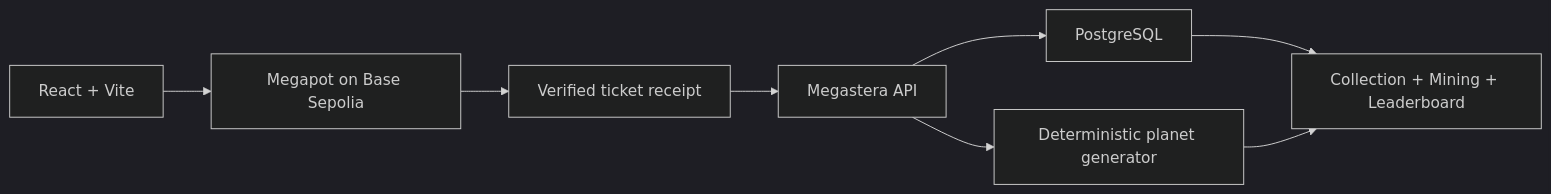
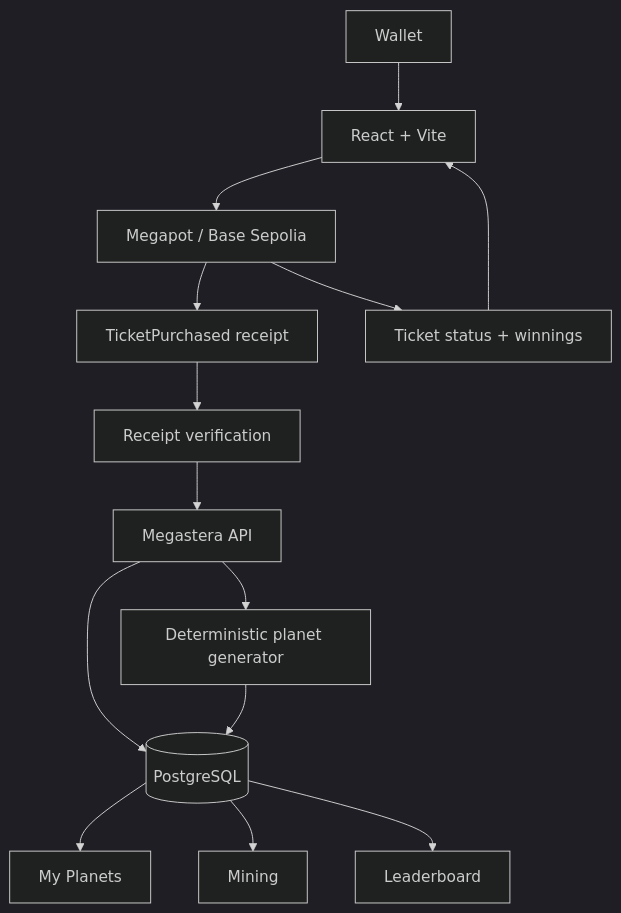
One commit to AstralEX1/megastera changed the second of 2 diagrams in README.md. Above: the diagram before and after it, drawn with Mermaid (dark theme). The commit also changed other lines of this file and 33 other files, not shown here.

````diff
--- a/README.md
+++ b/README.md
@@ -67,10 +100,16 @@
 ```mermaid
-flowchart LR
-  A[React + Vite] --> B[Megapot on Base Sepolia]
-  B --> C[Verified ticket receipt]
-  C --> D[Megastera API]
-  D --> E[PostgreSQL]
-  D --> F[Deterministic planet generator]
-  E --> G[Collection + Mining + Leaderboard]
-  F --> G
+flowchart TD
+  W[Wallet] --> UI[React + Vite]
+  UI --> MP[Megapot / Base Sepolia]
+  MP --> R[TicketPurchased receipt]
+  R --> V[Receipt verification]
+  V --> API[Megastera API]
+  API --> DB[(PostgreSQL)]
+  API --> GEN[Deterministic planet generator]
+  GEN --> DB
+  DB --> C[My Planets]
+  DB --> M[Mining]
+  DB --> L[Leaderboard]
+  MP --> T[Ticket status + winnings]
+  T --> UI
 ```
````
